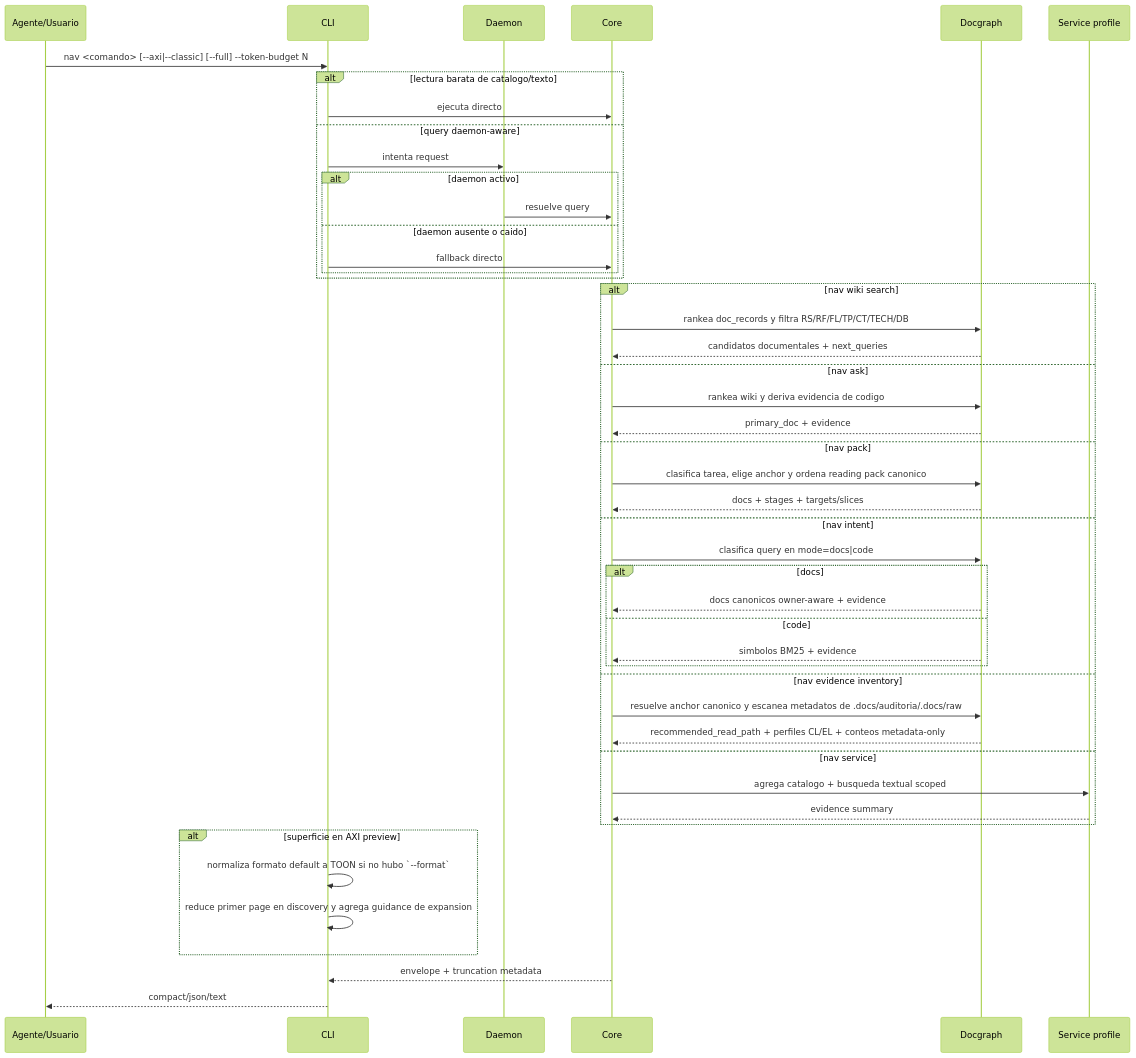
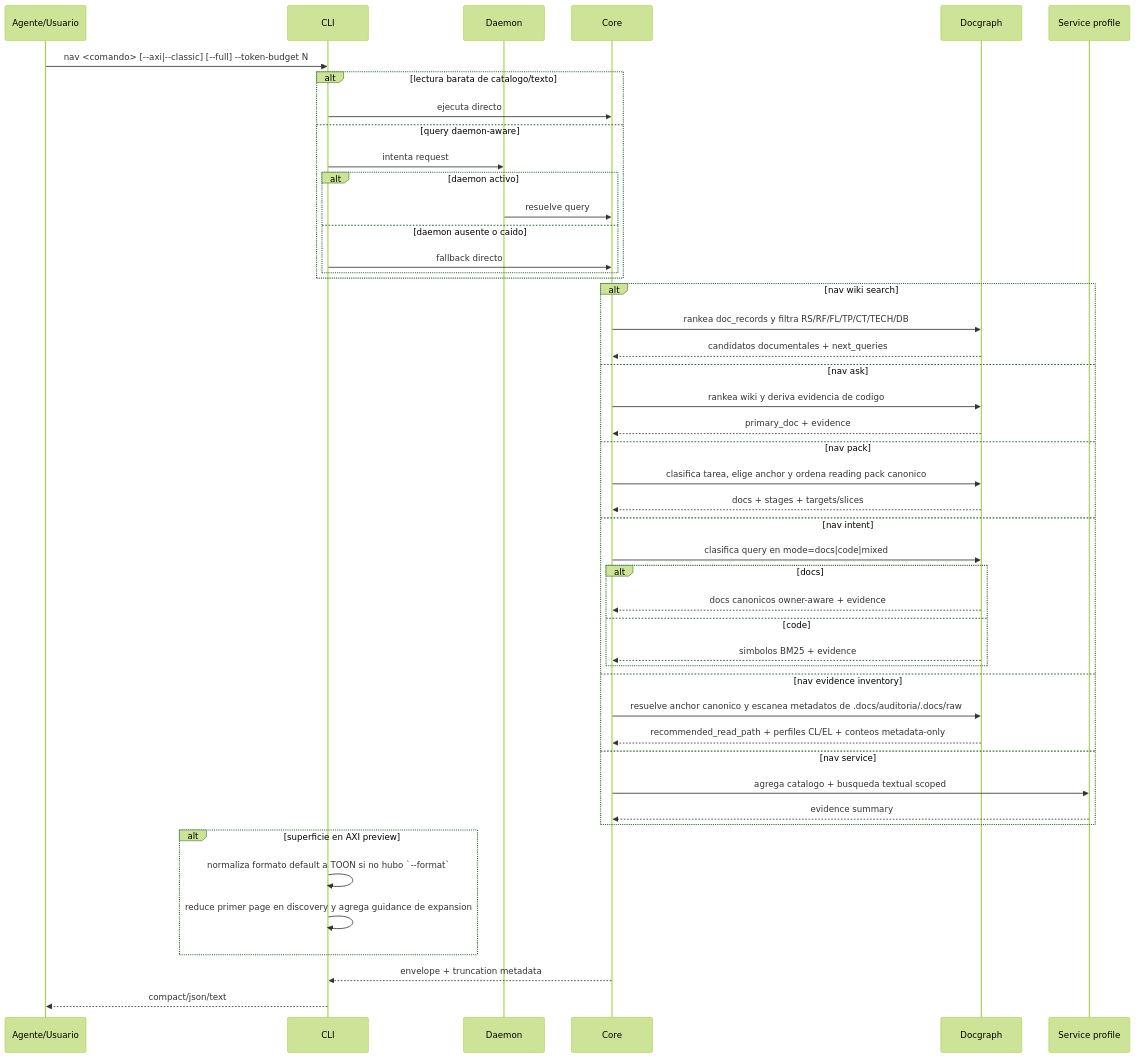
The diagram in .docs/wiki/03_FL/FL-QRY-01.md (fgpaz/mi-lsp), drawn with Mermaid (forest theme) before and after one commit. The commit also changed other lines of this file and 15 other files, not shown here.

````diff
--- a/.docs/wiki/03_FL/FL-QRY-01.md
+++ b/.docs/wiki/03_FL/FL-QRY-01.md
@@ -72,50 +73,50 @@
 ```mermaid
 sequenceDiagram
     participant A as Agente/Usuario
     participant CLI as CLI
     participant D as Daemon
     participant C as Core
     participant DG as Docgraph
     participant X as Service profile
 
     A->>CLI: nav <comando> [--axi|--classic] [--full] --token-budget N
     alt lectura barata de catalogo/texto
         CLI->>C: ejecuta directo
     else query daemon-aware
         CLI->>D: intenta request
         alt daemon activo
             D->>C: resuelve query
         else daemon ausente o caido
             CLI->>C: fallback directo
         end
     end
     alt nav wiki search
         C->>DG: rankea doc_records y filtra RS/RF/FL/TP/CT/TECH/DB
         DG-->>C: candidatos documentales + next_queries
     else nav ask
         C->>DG: rankea wiki y deriva evidencia de codigo
         DG-->>C: primary_doc + evidence
     else nav pack
         C->>DG: clasifica tarea, elige anchor y ordena reading pack canonico
         DG-->>C: docs + stages + targets/slices
     else nav intent
-        C->>DG: clasifica query en mode=docs|code
+        C->>DG: clasifica query en mode=docs|code|mixed
         alt docs
             DG-->>C: docs canonicos owner-aware + evidence
         else code
             DG-->>C: simbolos BM25 + evidence
         end
     else nav evidence inventory
         C->>DG: resuelve anchor canonico y escanea metadatos de .docs/auditoria/.docs/raw
         DG-->>C: recommended_read_path + perfiles CL/EL + conteos metadata-only
     else nav service
         C->>X: agrega catalogo + busqueda textual scoped
         X-->>C: evidence summary
     end
     alt superficie en AXI preview
         CLI->>CLI: normaliza formato default a TOON si no hubo `--format`
         CLI->>CLI: reduce primer page en discovery y agrega guidance de expansion
     end
     C-->>CLI: envelope + truncation metadata
     CLI-->>A: compact/json/text
 ```
````
